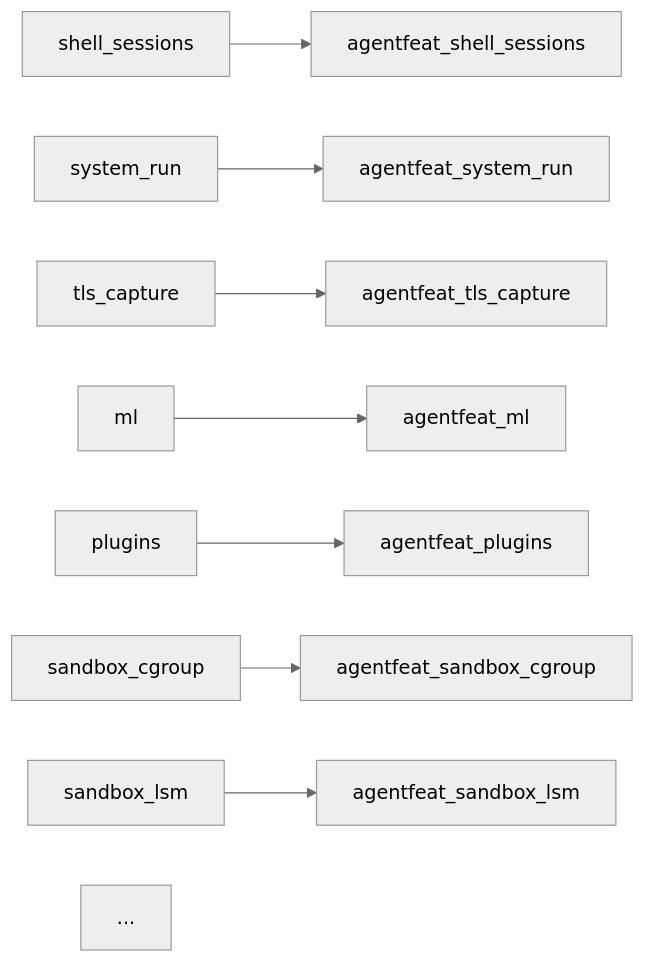
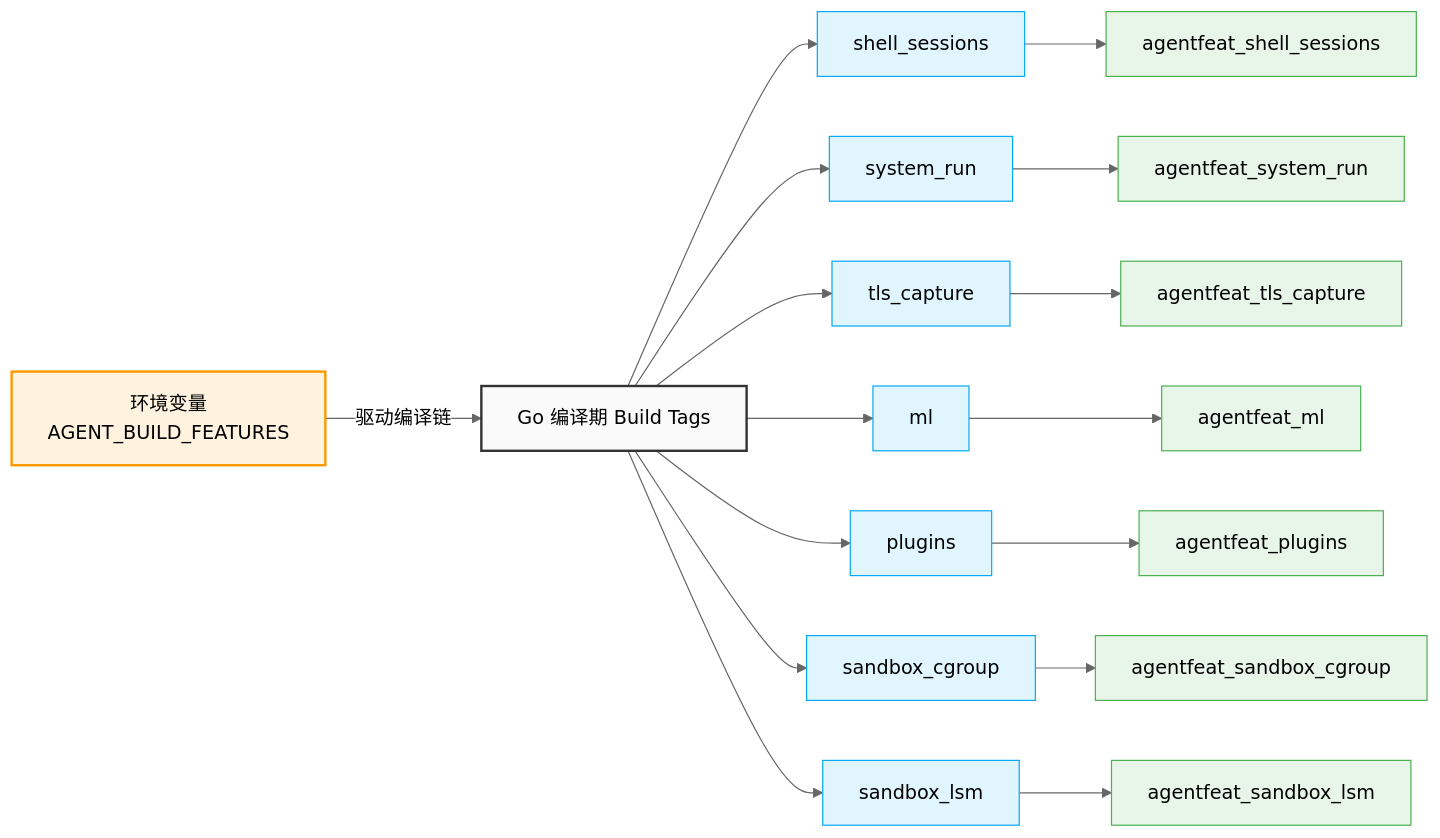
The diagram in docs/architecture/runtime-boundaries.md (stevessr/agent-ebpf-filter), drawn with Mermaid (neutral theme) before and after one commit. The commit also changed other lines of this file and 3 other files, not shown here.

````diff
--- a/docs/architecture/runtime-boundaries.md
+++ b/docs/architecture/runtime-boundaries.md
@@ -21,11 +21,21 @@
 ```mermaid
 flowchart LR
-    Shell["shell_sessions"] --> ShellTag["agentfeat_shell_sessions"]
-    SystemRun["system_run"] --> SystemTag["agentfeat_system_run"]
-    TLS["tls_capture"] --> TLSTag["agentfeat_tls_capture"]
-    ML["ml"] --> MLTag["agentfeat_ml"]
-    Plugins["plugins"] --> PluginsTag["agentfeat_plugins"]
-    Cgroup["sandbox_cgroup"] --> CgroupTag["agentfeat_sandbox_cgroup"]
-    LSM["sandbox_lsm"] --> LSMTag["agentfeat_sandbox_lsm"]
-    More["..."]
+    %% 样式定义
+    classDef featureCls fill:#e1f5fe,stroke:#03a9f4,stroke-width:1px;
+    classDef tagCls fill:#e8f5e9,stroke:#4caf50,stroke-width:1px;
+    classDef envCls fill:#fff3e0,stroke:#ff9800,stroke-width:2px;
+
+    Env["环境变量<br/>AGENT_BUILD_FEATURES"]:::envCls -->|驱动编译链| BuildTags["Go 编译期 Build Tags"]:::envCls
+
+    BuildTags --> Shell["shell_sessions"]:::featureCls --> ShellTag["agentfeat_shell_sessions"]:::tagCls
+    BuildTags --> SystemRun["system_run"]:::featureCls --> SystemTag["agentfeat_system_run"]:::tagCls
+    BuildTags --> TLS["tls_capture"]:::featureCls --> TLSTag["agentfeat_tls_capture"]:::tagCls
+    BuildTags --> ML["ml"]:::featureCls --> MLTag["agentfeat_ml"]:::tagCls
+    BuildTags --> Plugins["plugins"]:::featureCls --> PluginsTag["agentfeat_plugins"]:::tagCls
+    BuildTags --> Cgroup["sandbox_cgroup"]:::featureCls --> CgroupTag["agentfeat_sandbox_cgroup"]:::tagCls
+    BuildTags --> LSM["sandbox_lsm"]:::featureCls --> LSMTag["agentfeat_sandbox_lsm"]:::tagCls
+
+    %% 关联指示
+    style BuildTags fill:#fafafa,stroke:#333
+
 ```
````
